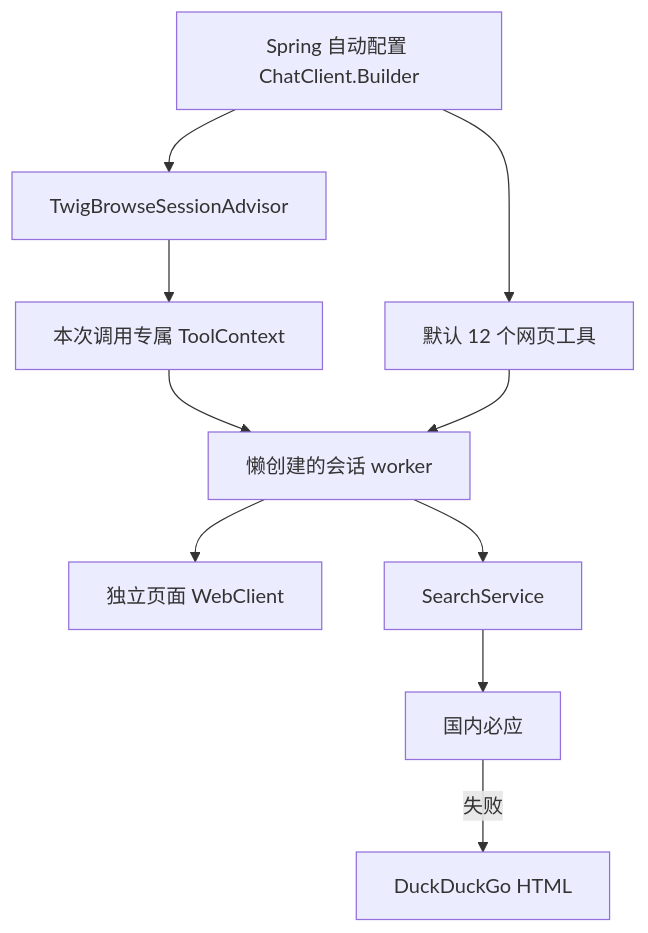
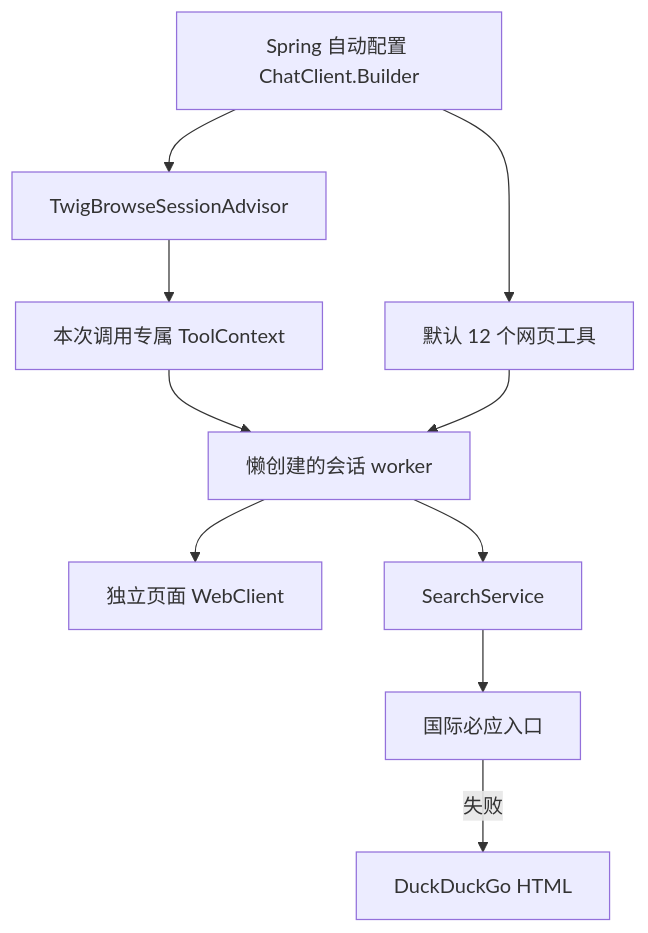
One commit to pigeon2049/twigbrowse changed the diagram in docs/architecture.md. Above: the diagram before and after it, drawn with Mermaid. The commit also changed 5 other files, not shown here.

````diff
--- a/docs/architecture.md
+++ b/docs/architecture.md
@@ -5,12 +5,12 @@
 ```mermaid
 flowchart TD
     A[Spring 自动配置 ChatClient.Builder] --> B[默认 12 个网页工具]
     A --> C[TwigBrowseSessionAdvisor]
     C --> D[本次调用专属 ToolContext]
     D --> E[懒创建的会话 worker]
     B --> E
     E --> F[独立页面 WebClient]
     E --> G[SearchService]
-    G --> I[国内必应]
+    G --> I[国际必应入口]
     I -->|失败| J[DuckDuckGo HTML]
 ```
````
